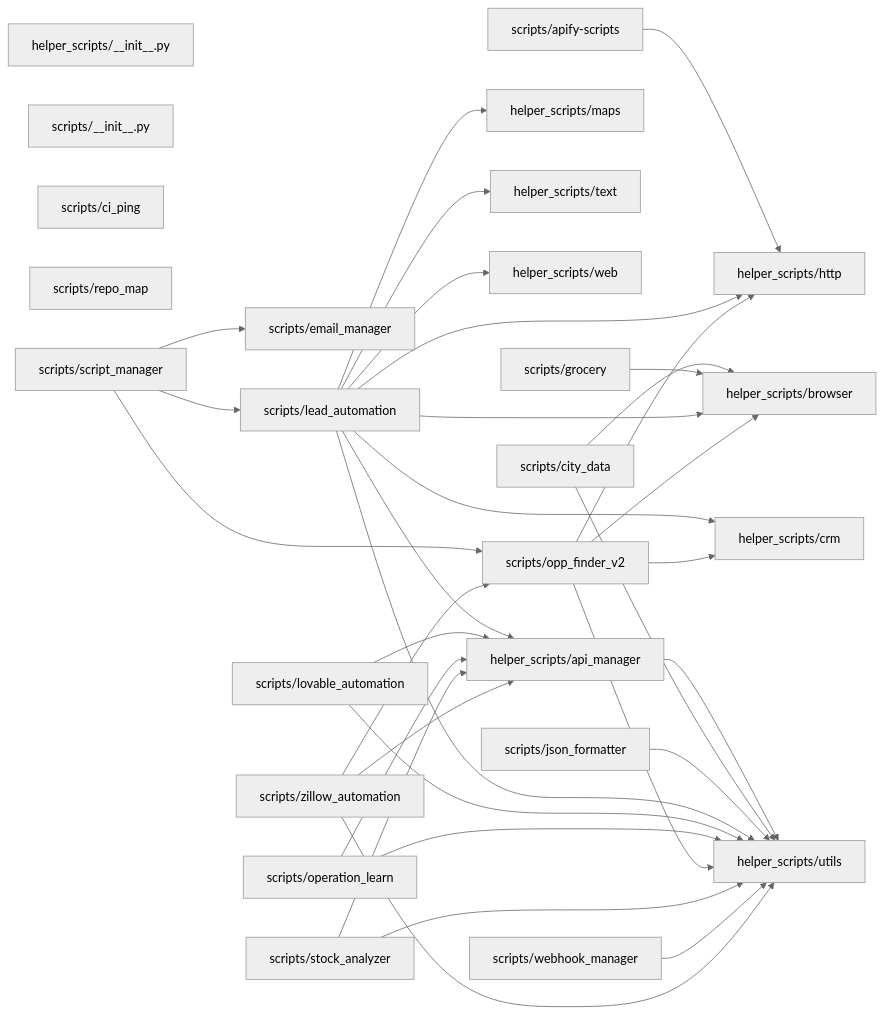
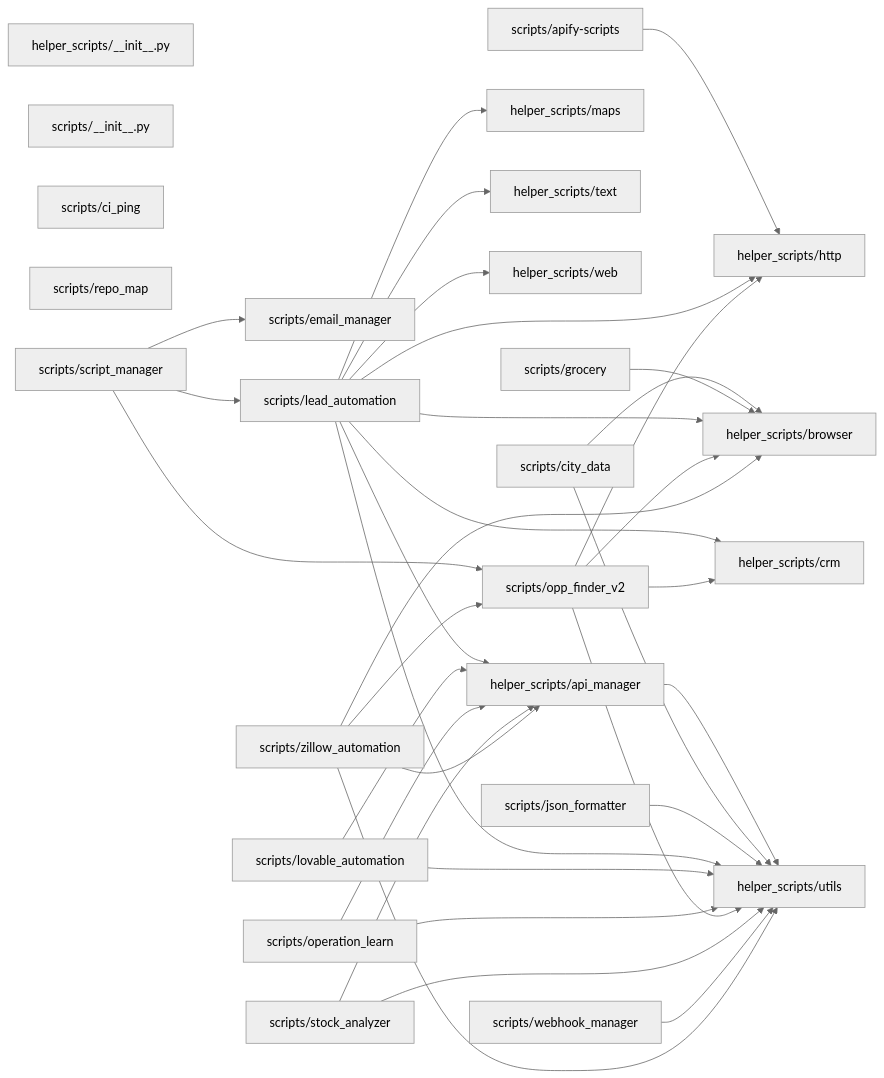
The diagram in documentation/repo-map/generated/repo.md (StaticxViper/cjm-dev), drawn with Mermaid (neutral theme) before and after one commit. The commit also changed 16 other files, not shown here.

First line of the commit message:
Enhance Zillow automation with new budget and timeout features

````diff
--- a/documentation/repo-map/generated/repo.md
+++ b/documentation/repo-map/generated/repo.md
@@ -5,59 +5,60 @@
 ```mermaid
 flowchart LR
   helper_scripts___init___py["helper_scripts/__init__.py"]
   helper_scripts_api_manager["helper_scripts/api_manager"]
   helper_scripts_browser["helper_scripts/browser"]
   helper_scripts_crm["helper_scripts/crm"]
   helper_scripts_http["helper_scripts/http"]
   helper_scripts_maps["helper_scripts/maps"]
   helper_scripts_text["helper_scripts/text"]
   helper_scripts_utils["helper_scripts/utils"]
   helper_scripts_web["helper_scripts/web"]
   scripts___init___py["scripts/__init__.py"]
   scripts_apify_scripts["scripts/apify-scripts"]
   scripts_ci_ping["scripts/ci_ping"]
   scripts_city_data["scripts/city_data"]
   scripts_email_manager["scripts/email_manager"]
   scripts_grocery["scripts/grocery"]
   scripts_json_formatter["scripts/json_formatter"]
   scripts_lead_automation["scripts/lead_automation"]
   scripts_lovable_automation["scripts/lovable_automation"]
   scripts_operation_learn["scripts/operation_learn"]
   scripts_opp_finder_v2["scripts/opp_finder_v2"]
   scripts_repo_map["scripts/repo_map"]
   scripts_script_manager["scripts/script_manager"]
   scripts_stock_analyzer["scripts/stock_analyzer"]
   scripts_webhook_manager["scripts/webhook_manager"]
   scripts_zillow_automation["scripts/zillow_automation"]
   helper_scripts_api_manager --> helper_scripts_utils
   scripts_apify_scripts --> helper_scripts_http
   scripts_city_data --> helper_scripts_browser
   scripts_city_data --> helper_scripts_utils
   scripts_grocery --> helper_scripts_browser
   scripts_json_formatter --> helper_scripts_utils
   scripts_lead_automation --> helper_scripts_api_manager
   scripts_lead_automation --> helper_scripts_browser
   scripts_lead_automation --> helper_scripts_crm
   scripts_lead_automation --> helper_scripts_http
   scripts_lead_automation --> helper_scripts_maps
   scripts_lead_automation --> helper_scripts_text
   scripts_lead_automation --> helper_scripts_utils
   scripts_lead_automation --> helper_scripts_web
   scripts_lovable_automation --> helper_scripts_api_manager
   scripts_lovable_automation --> helper_scripts_utils
   scripts_operation_learn --> helper_scripts_api_manager
   scripts_operation_learn --> helper_scripts_utils
   scripts_opp_finder_v2 --> helper_scripts_browser
   scripts_opp_finder_v2 --> helper_scripts_crm
   scripts_opp_finder_v2 --> helper_scripts_http
   scripts_opp_finder_v2 --> helper_scripts_utils
   scripts_script_manager --> scripts_email_manager
   scripts_script_manager --> scripts_lead_automation
   scripts_script_manager --> scripts_opp_finder_v2
   scripts_stock_analyzer --> helper_scripts_api_manager
   scripts_stock_analyzer --> helper_scripts_utils
   scripts_webhook_manager --> helper_scripts_utils
   scripts_zillow_automation --> helper_scripts_api_manager
+  scripts_zillow_automation --> helper_scripts_browser
   scripts_zillow_automation --> helper_scripts_utils
   scripts_zillow_automation --> scripts_opp_finder_v2
 ```
````
